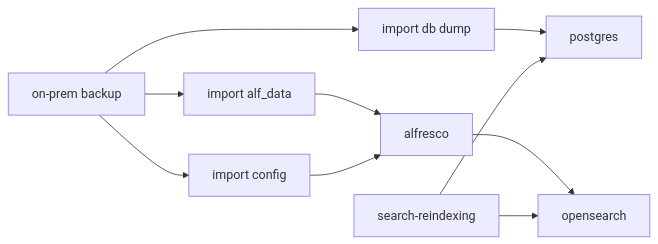
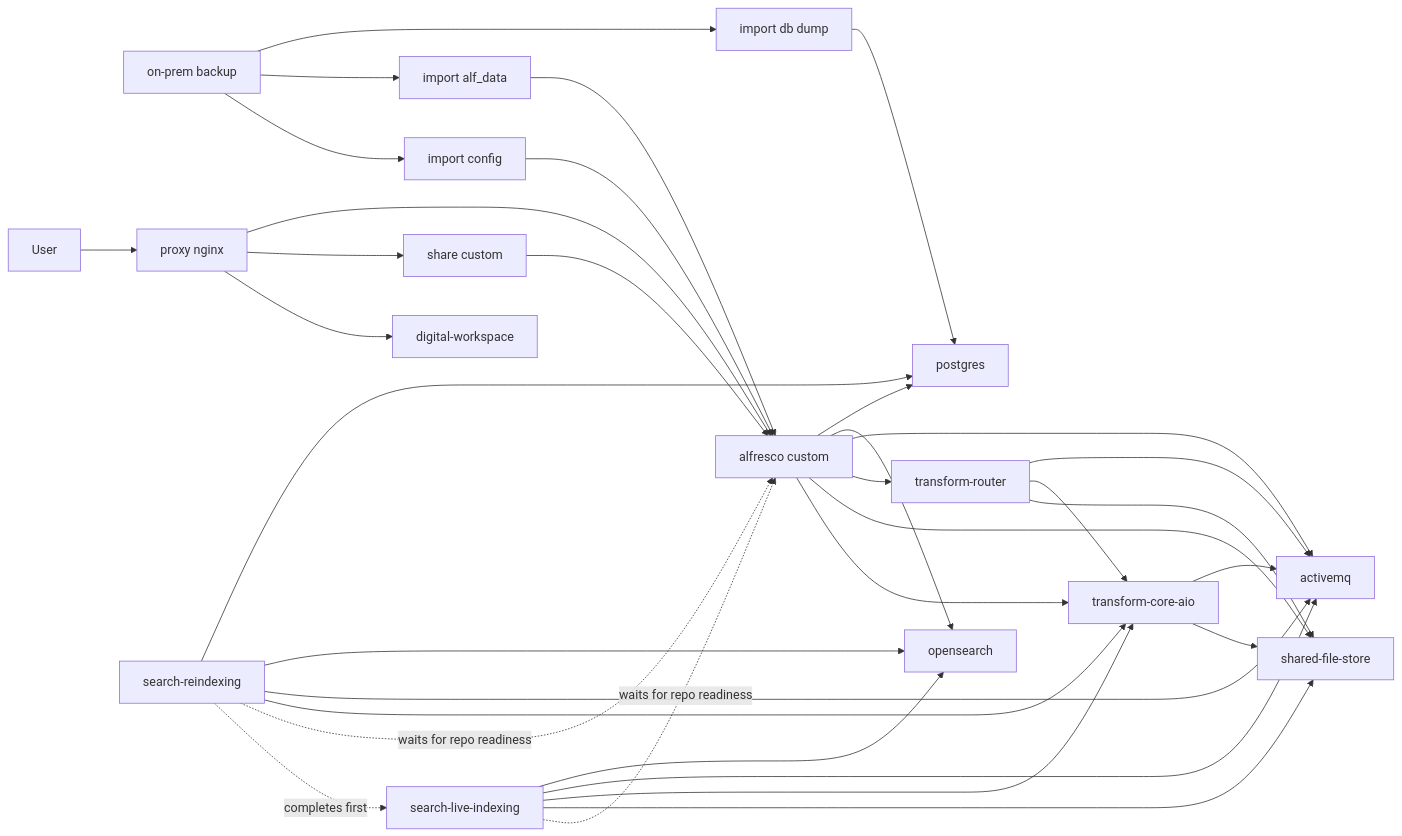
Before and after one commit to aborroy/alfresco-onprem-to-cloud-lab: the tenth of 12 diagrams in README.md, drawn with Mermaid. The commit also changed other lines of this file, not shown here.

Commit message:
Fix mermaid diagrams

````diff
--- a/README.md
+++ b/README.md
@@ -529,12 +607,36 @@
 ```mermaid
 flowchart LR
   backup["on-prem backup"] --> importDb["import db dump"]
   backup --> importData["import alf_data"]
   backup --> importCfg["import config"]
+  user["User"] --> proxy["proxy nginx"]
+  proxy --> repo["alfresco custom"]
+  proxy --> share["share custom"]
+  proxy --> adw["digital-workspace"]
+  share --> repo
   importDb --> db["postgres"]
-  importData --> repo["alfresco"]
+  importData --> repo["alfresco custom"]
   importCfg --> repo
+  repo --> db
   repo --> os["opensearch"]
+  repo --> mq["activemq"]
+  repo --> tr["transform-router"]
+  repo --> sfs["shared-file-store"]
+  repo --> aio["transform-core-aio"]
+  tr --> mq
+  tr --> aio["transform-core-aio"]
+  tr --> sfs["shared-file-store"]
+  aio --> mq
+  aio --> sfs
   reidx["search-reindexing"] --> db
   reidx --> os
+  reidx --> mq
+  reidx --> aio
+  live["search-live-indexing"] --> os
+  live --> mq
+  live --> aio
+  live --> sfs
+  reidx -. "waits for repo readiness" .-> repo
+  live -. "waits for repo readiness" .-> repo
+  reidx -. "completes first" .-> live
 ```
````
